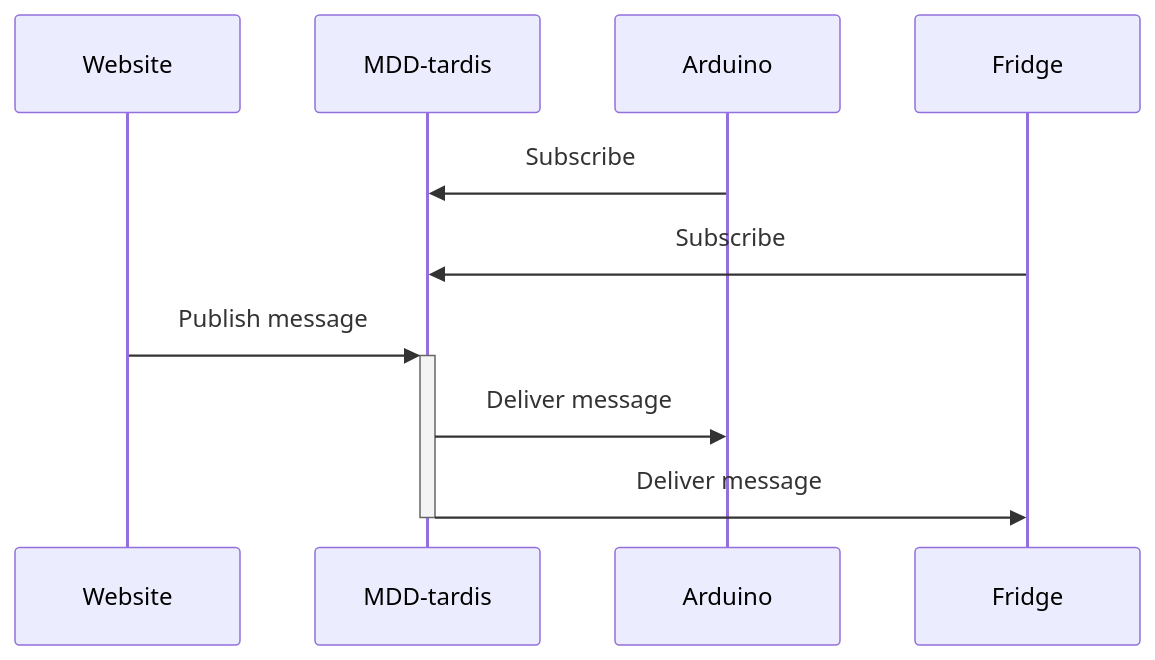
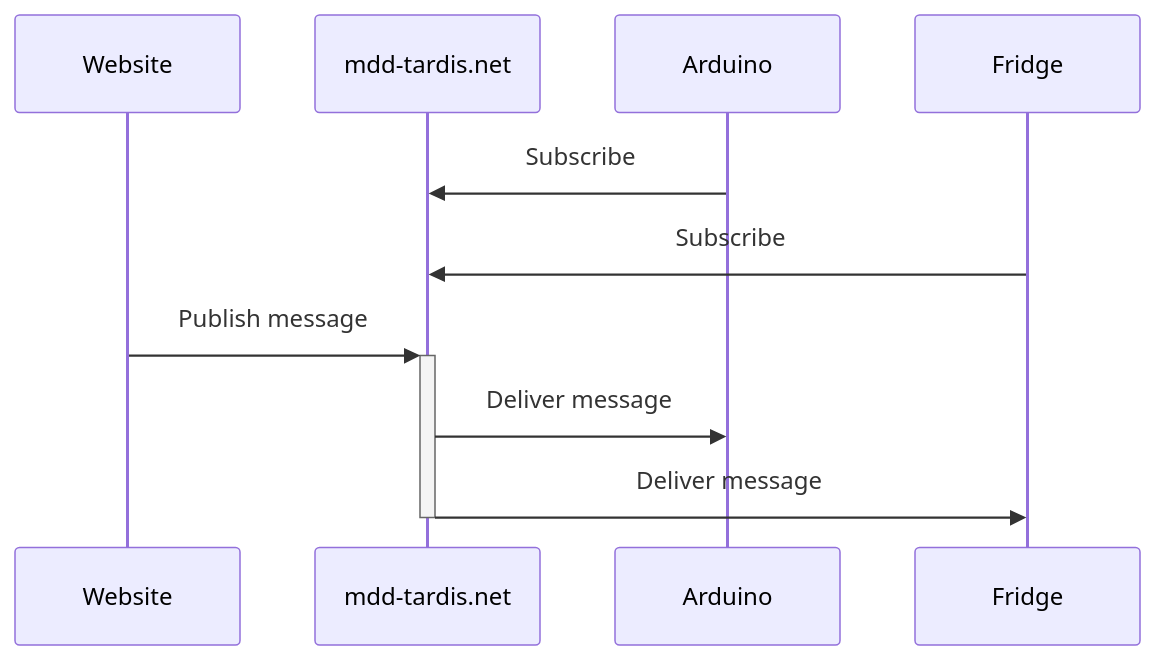
Before and after one commit to xiduzo/presentation-mqtt: the second of 2 diagrams in slides.md, drawn with Mermaid. The commit also changed other lines of this file and 8 other files, not shown here.

````diff
--- a/slides.md
+++ b/slides.md
@@ -154,13 +166,13 @@
 ```mermaid
 sequenceDiagram
   participant Website
-  participant MDD-tardis
+  participant mdd-tardis.net
   participant Arduino
   participant Fridge
 
-  Arduino->>MDD-tardis: Subscribe
-  Fridge->>MDD-tardis: Subscribe
-  Website->>+MDD-tardis: Publish message
-  MDD-tardis->>Arduino: Deliver message
-  MDD-tardis->>-Fridge: Deliver message
+  Arduino->>mdd-tardis.net: Subscribe
+  Fridge->>mdd-tardis.net: Subscribe
+  Website->>+mdd-tardis.net: Publish message
+  mdd-tardis.net->>Arduino: Deliver message
+  mdd-tardis.net->>-Fridge: Deliver message
 ```
````
